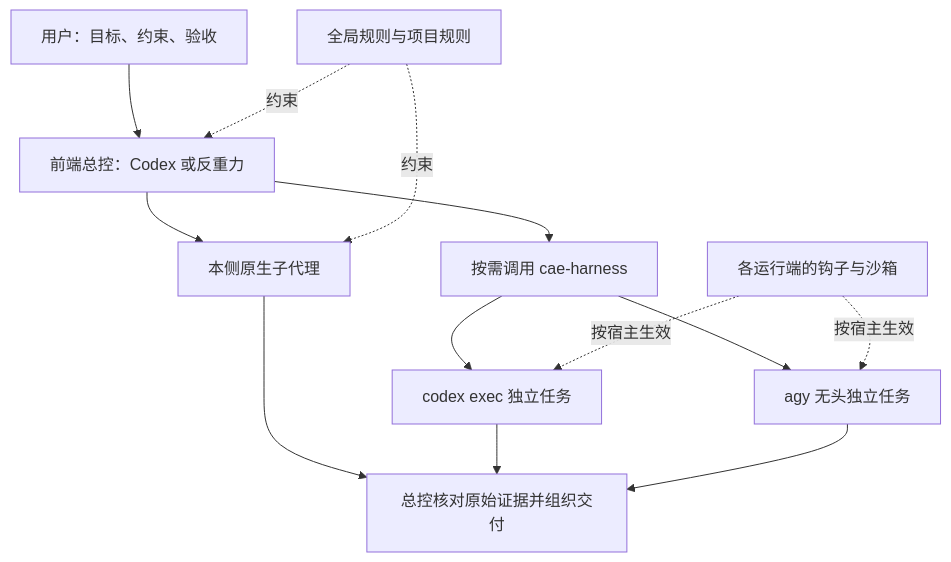
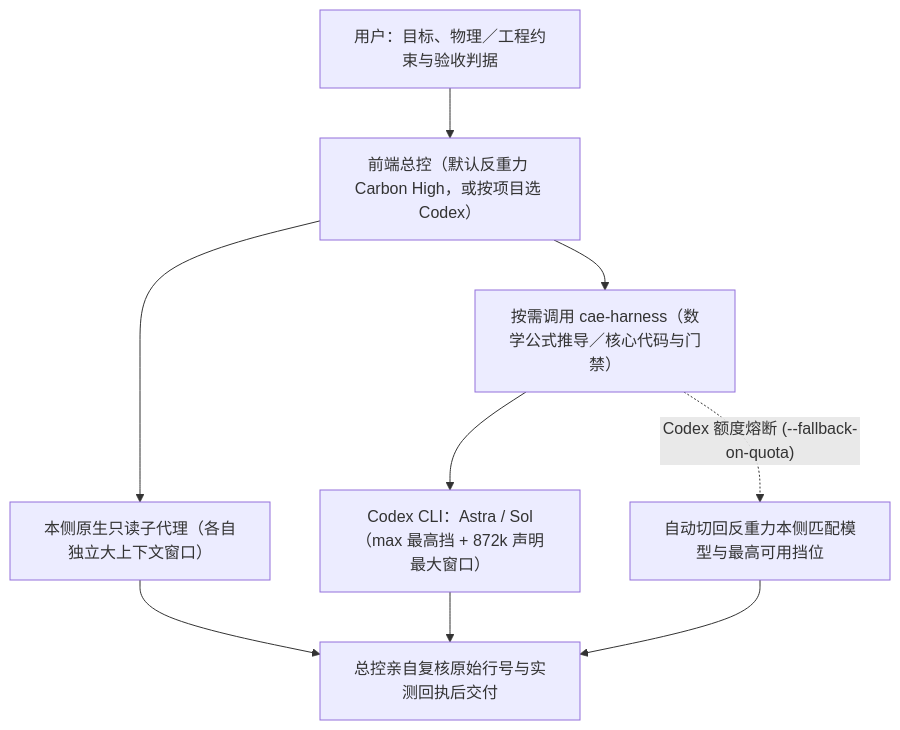
Before and after one commit to Xinyu-Li-1997/Antigravity_Codex_configuration: the diagram in README.md, drawn with Mermaid. The commit also changed other lines of this file and 23 other files, not shown here.

Commit message:
feat(v1.7.0): add quota fallback, refine model routing & guards, and rewrite docs in clear Chinese

````diff
--- a/README.md
+++ b/README.md
@@ -35,15 +33,11 @@
 ```mermaid
 flowchart TB
-    U[用户：目标、约束、验收] --> M[前端总控：Codex 或反重力]
-    M --> N[本侧原生子代理]
-    M --> H[按需调用 cae-harness]
-    H --> C[codex exec 独立任务]
-    H --> A[agy 无头独立任务]
-    N --> R[总控核对原始证据并组织交付]
+    U["用户：目标、物理／工程约束与验收判据"] --> M["前端总控（默认反重力 Carbon High，或按项目选 Codex）"]
+    M --> N["本侧原生只读子代理（各自独立大上下文窗口）"]
+    M --> H["按需调用 cae-harness（数学公式推导／核心代码与门禁）"]
+    H --> C["Codex CLI：Astra / Sol（max 最高挡 + 872k 声明最大窗口）"]
+    H -. "Codex 额度熔断 (--fallback-on-quota)" .-> A["自动切回反重力本侧匹配模型与最高可用挡位"]
+    N --> R["总控亲自复核原始行号与实测回执后交付"]
     C --> R
     A --> R
-    G[全局规则与项目规则] -.约束.-> M
-    G -.约束.-> N
-    S[各运行端的钩子与沙箱] -.按宿主生效.-> C
-    S -.按宿主生效.-> A
 ```
````
